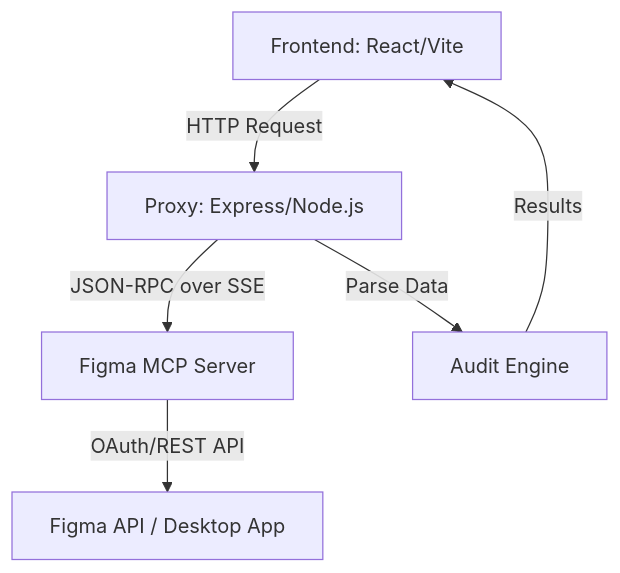
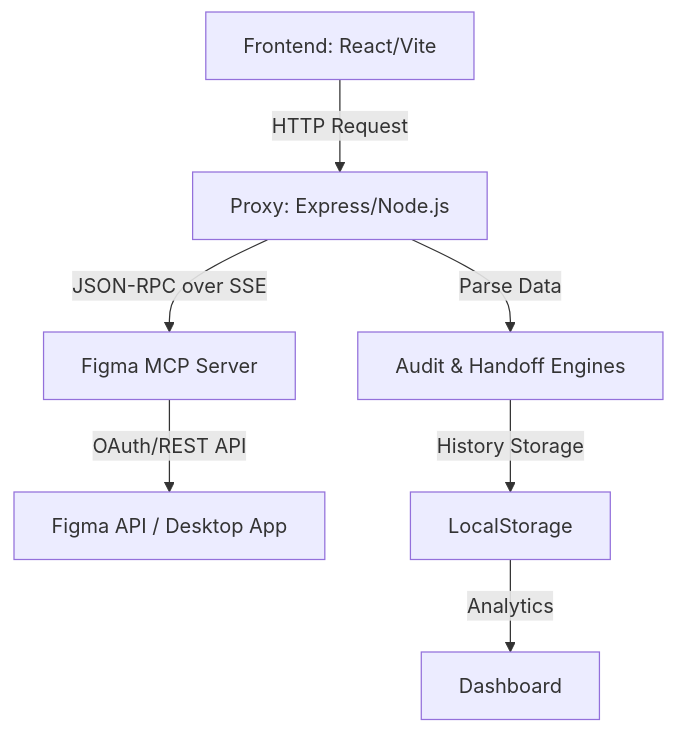
The diagram in ARCHITECTURE.md (romulosutil/ds_auditor), drawn with Mermaid before and after one commit. The commit also changed other lines of this file and 16 other files, not shown here.

First line of the commit message:
feat: implement analytic dashboard, history persistence and advanced audit rules

````diff
--- a/ARCHITECTURE.md
+++ b/ARCHITECTURE.md
@@ -9,8 +9,9 @@
 ```mermaid
 graph TD
     A[Frontend: React/Vite] -- HTTP Request --> B[Proxy: Express/Node.js]
     B -- JSON-RPC over SSE --> C[Figma MCP Server]
     C -- OAuth/REST API --> D[Figma API / Desktop App]
-    B -- Parse Data --> E[Audit Engine]
-    E -- Results --> A
+    B -- Parse Data --> E[Audit & Handoff Engines]
+    E -- History Storage --> F[LocalStorage]
+    F -- Analytics --> G[Dashboard]
 ```
````
